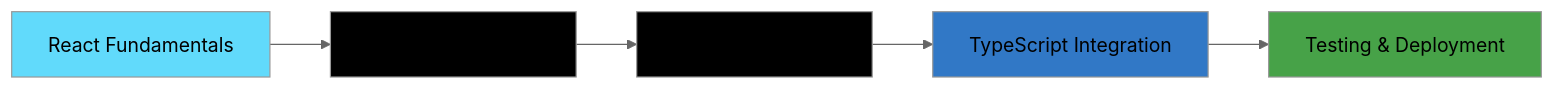
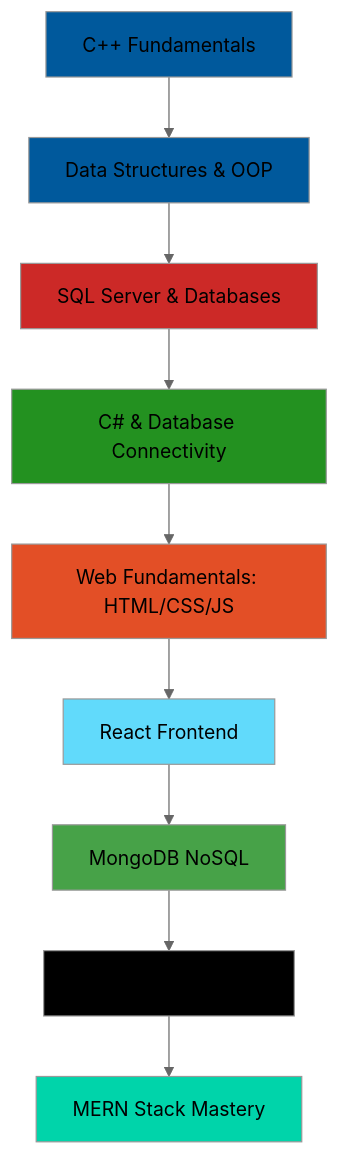
Before and after one commit to YeahiaNurulAmin/YeahiaNurulAmin: the diagram in README.md, drawn with Mermaid (neutral theme). The commit also changed other lines of this file, not shown here.

````diff
--- a/README.md
+++ b/README.md
@@ -108,13 +128,21 @@
 ```mermaid
-graph LR
-    A[React Fundamentals] --> B[Express.js Mastery]
-    B --> C[Next.js Deep Dive]
-    C --> D[TypeScript Integration]
-    D --> E[Testing & Deployment]
+graph TD
+    A[C++ Fundamentals] --> B[Data Structures & OOP]
+    B --> C[SQL Server & Databases]
+    C --> D[C# & Database Connectivity]
+    D --> E[Web Fundamentals: HTML/CSS/JS]
+    E --> F[React Frontend]
+    F --> G[MongoDB NoSQL]
+    G --> H[Express.js Backend]
+    H --> I[MERN Stack Mastery]
     
-    style A fill:#61DAFB
-    style B fill:#000000
-    style C fill:#000000
-    style D fill:#3178C6
-    style E fill:#47A248
+    style A fill:#00599C
+    style B fill:#00599C
+    style C fill:#CC2927
+    style D fill:#239120
+    style E fill:#E34F26
+    style F fill:#61DAFB
+    style G fill:#47A248
+    style H fill:#000000
+    style I fill:#00d4aa
 ```
````
